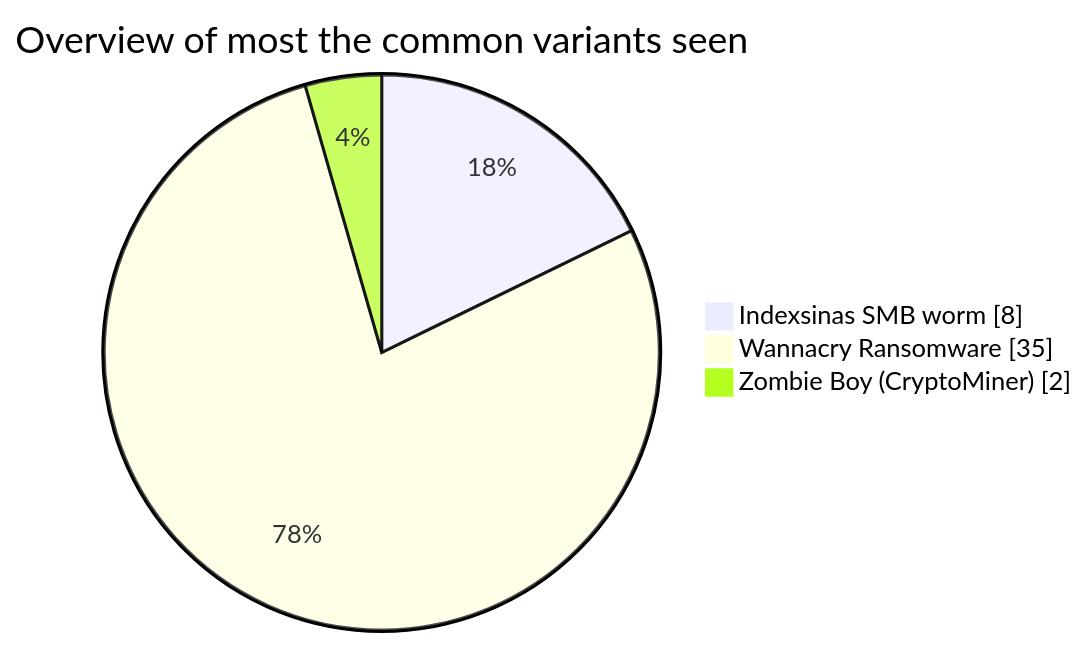
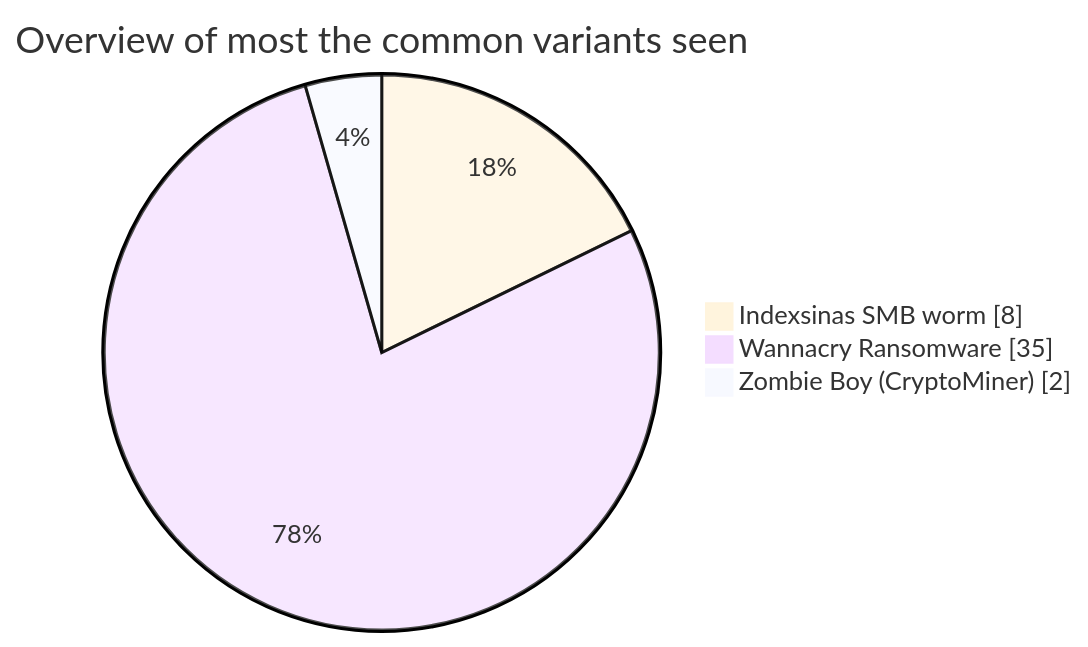
The first of 2 diagrams in README.md (tonyx774/HoneyPot-Analysis), drawn with Mermaid before and after one commit.

````diff
--- a/README.md
+++ b/README.md
@@ -6,9 +6,9 @@
-```mermaid
-
+```mermaid 
+%%{init: {'theme':'base'}}%%
 pie showData
     title Overview of most the common variants seen
     "Indexsinas SMB worm" : 8
     "Wannacry Ransomware" : 35
     "Zombie Boy (CryptoMiner)" : 2
 
 ```
````
